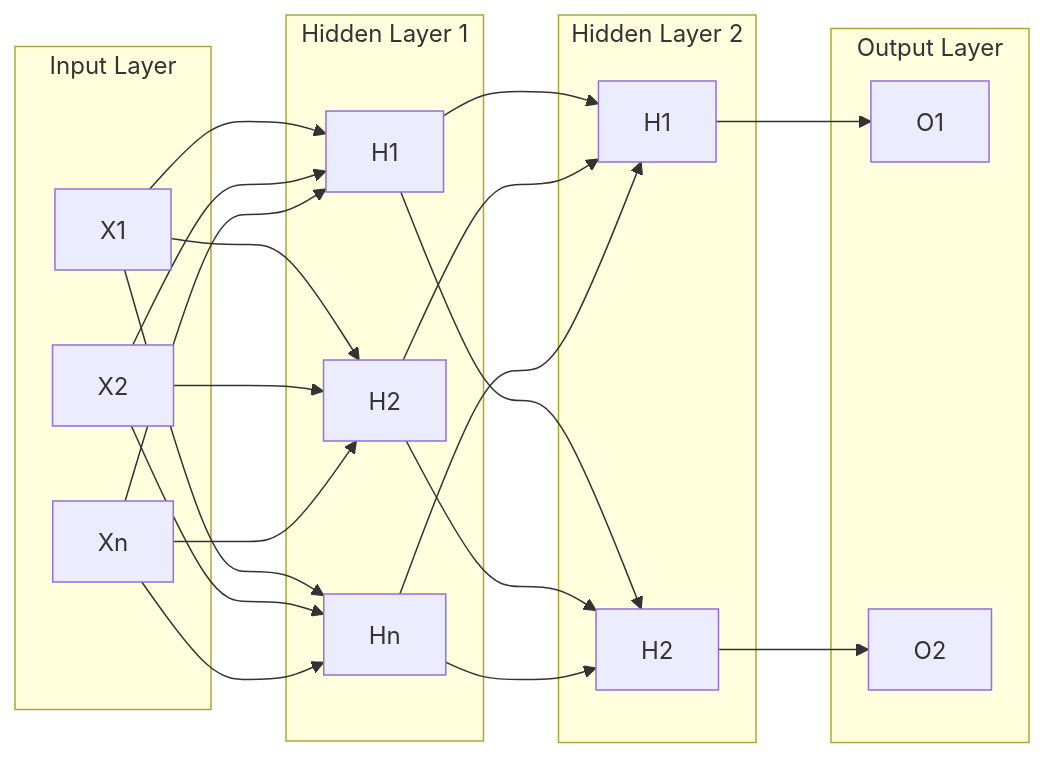
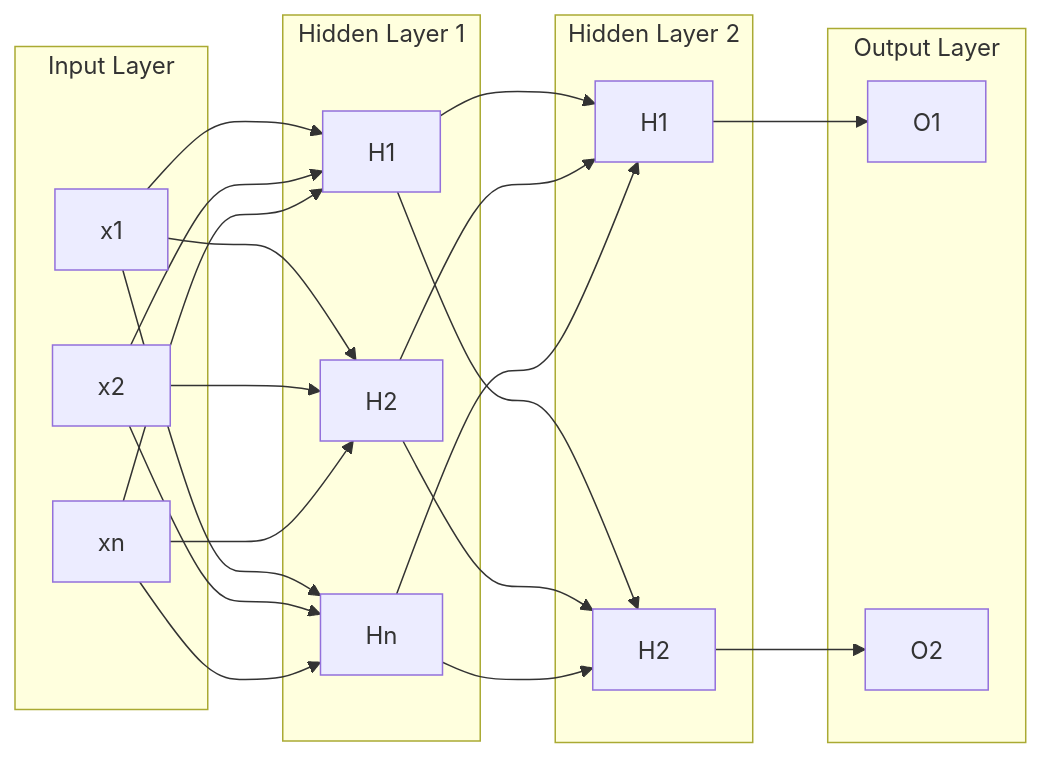
The fifth of 5 diagrams in README.md (elaplas/autograd), drawn with Mermaid before and after one commit. The commit also changed other lines of this file, not shown here.

````diff
--- a/README.md
+++ b/README.md
@@ -79,48 +82,48 @@
 ```mermaid
 graph LR;
     subgraph Input Layer
-        X1[X1]
-        X2[X2]
-        Xn[Xn]
+        X1[x1]
+        X2[x2]
+        Xn[xn]
     end
 
     subgraph Hidden Layer 1
         H1[H1]
         H2[H2]
         Hn[Hn]
     end
 
     subgraph Hidden Layer 2
         G1[H1]
         G2[H2]
     end
 
     subgraph Output Layer
         O1[O1]
         O2[O2]
     end
 
     X1 --> H1
     X1 --> H2
     X1 --> Hn
 
     X2 --> H1
     X2 --> H2
     X2 --> Hn
 
     Xn --> H1
     Xn --> H2
     Xn --> Hn
 
     H1 --> G1
     H1 --> G2
 
     H2 --> G1
     H2 --> G2
 
     Hn --> G1
     Hn --> G2
 
     G1 --> O1
     G2 --> O2
 ```
````
